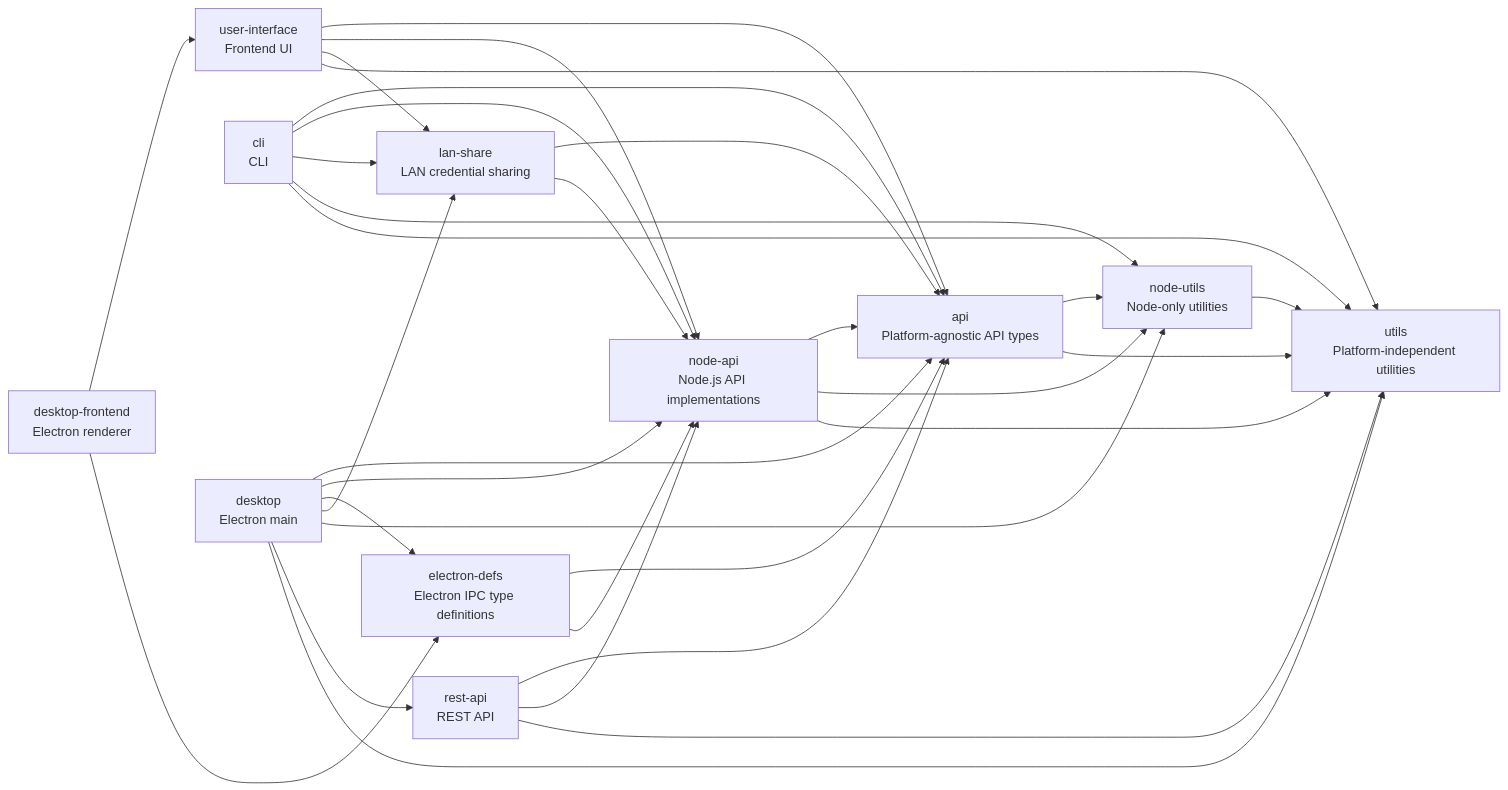
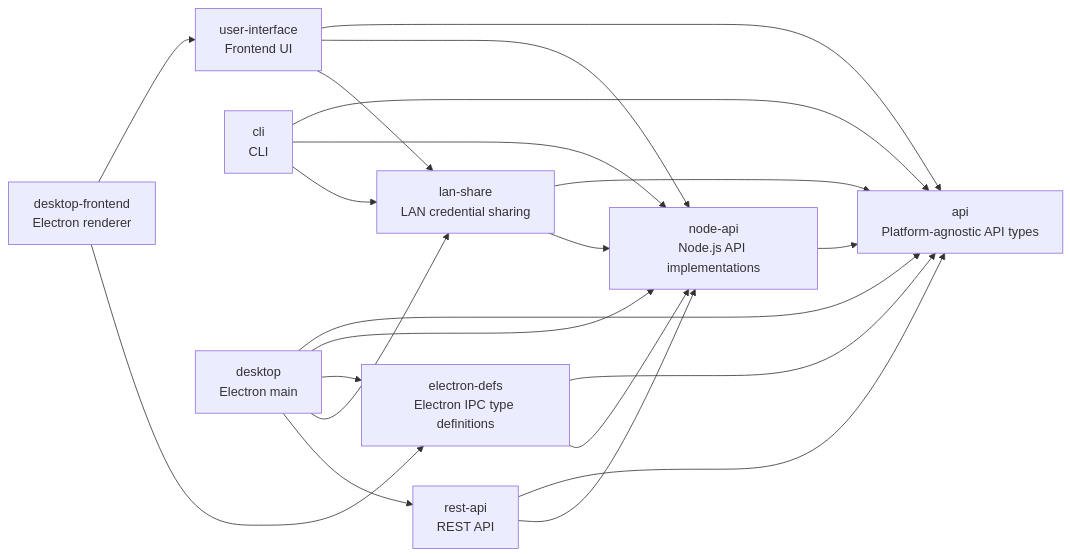
The diagram in docs/dependencies.md (ashleydavis/photosphere), drawn with Mermaid before and after one commit.

Commit message:
Refined the dependencies diagram.

````diff
--- a/docs/dependencies.md
+++ b/docs/dependencies.md
@@ -3,25 +3,21 @@
 ```mermaid
 flowchart LR
-    utils["utils<br/>Platform-independent utilities"]
     edefs["electron-defs<br/>Electron IPC type definitions"]
-    nodeutils["node-utils<br/>Node-only utilities"]
     lanshare["lan-share<br/>LAN credential sharing"]
     api["api<br/>Platform-agnostic API types"]
     nodeapi["node-api<br/>Node.js API implementations"]
     restapi["rest-api<br/>REST API"]
     ui["user-interface<br/>Frontend UI"]
     cli["cli<br/>CLI"]
     desktop["desktop<br/>Electron main"]
     desktopfe["desktop-frontend<br/>Electron renderer"]
 
-    nodeutils --> utils
-    api --> nodeutils & utils
-    nodeapi --> api & nodeutils & utils
+    nodeapi --> api
     lanshare --> api & nodeapi
     edefs --> api & nodeapi
-    restapi --> api & nodeapi & utils
-    ui --> api & nodeapi & lanshare & utils
-    cli --> api & nodeapi & lanshare & nodeutils & utils
-    desktop --> api & nodeapi & edefs & lanshare & nodeutils & restapi & utils
+    restapi --> api & nodeapi
+    ui --> api & nodeapi & lanshare
+    cli --> api & nodeapi & lanshare
+    desktop --> api & nodeapi & edefs & lanshare & restapi
     desktopfe --> ui & edefs
 ```
````
